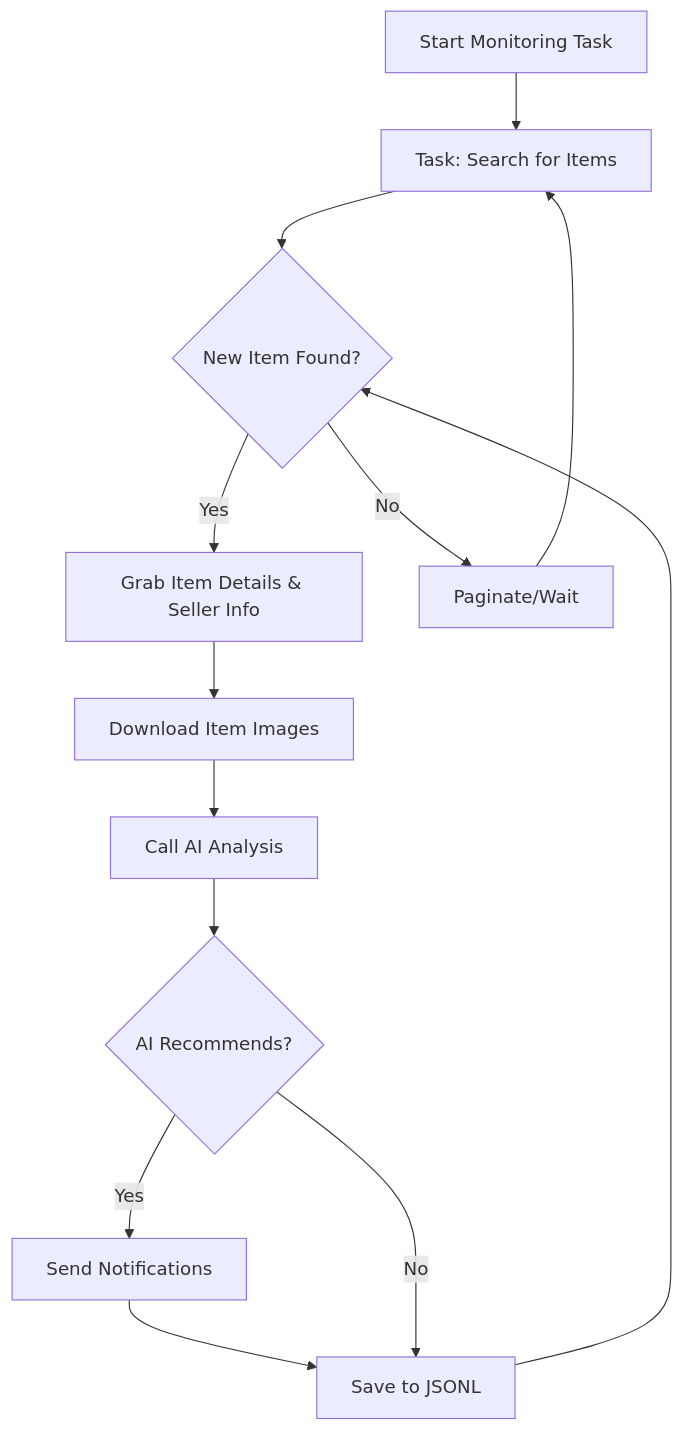
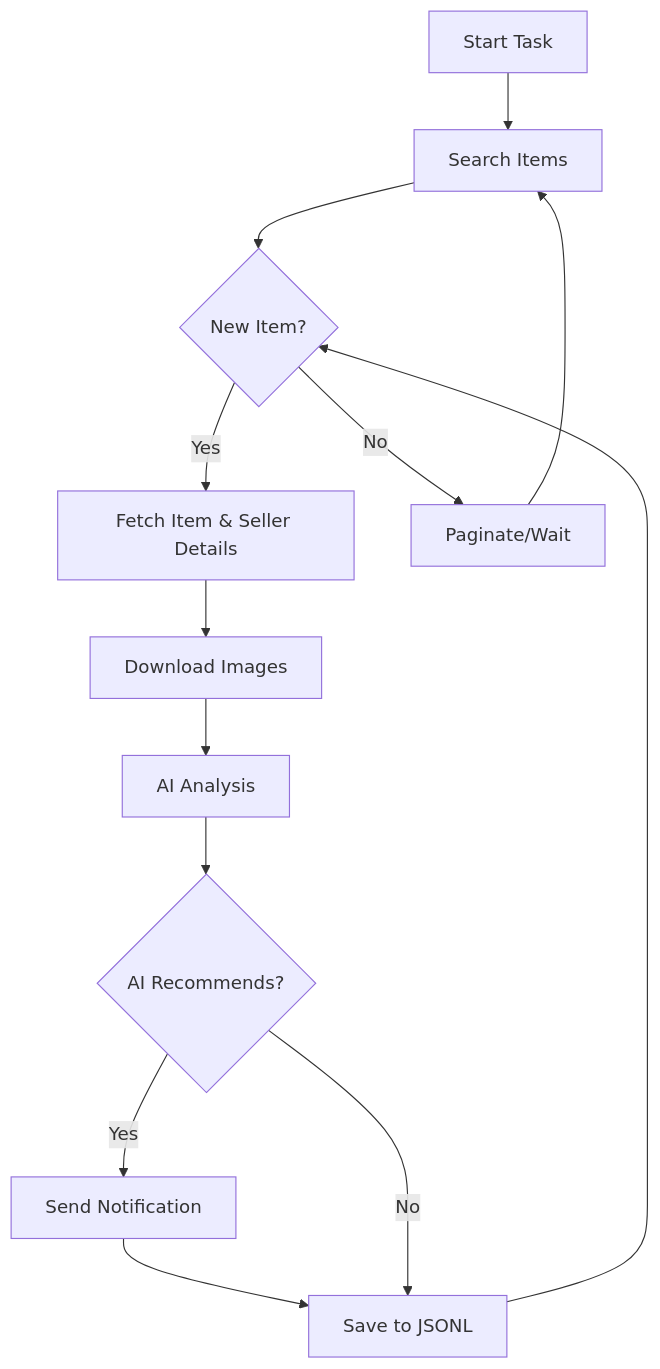
The diagram in docs/dingyufei615-ai-goofish-monitor.md (saurav-z/repo-docs), drawn with Mermaid before and after one commit. The commit also changed other lines of this file and 210 other files, not shown here.

````diff
--- a/docs/dingyufei615-ai-goofish-monitor.md
+++ b/docs/dingyufei615-ai-goofish-monitor.md
@@ -148,15 +124,15 @@
 ```mermaid
 graph TD
-    A[Start Monitoring Task] --> B[Task: Search for Items];
-    B --> C{New Item Found?};
-    C -- Yes --> D[Grab Item Details & Seller Info];
-    D --> E[Download Item Images];
-    E --> F[Call AI Analysis];
+    A[Start Task] --> B[Search Items];
+    B --> C{New Item?};
+    C -- Yes --> D[Fetch Item & Seller Details];
+    D --> E[Download Images];
+    E --> F[AI Analysis];
     F --> G{AI Recommends?};
-    G -- Yes --> H[Send Notifications];
+    G -- Yes --> H[Send Notification];
     H --> I[Save to JSONL];
     G -- No --> I;
     C -- No --> J[Paginate/Wait];
     J --> B;
     I --> C;
 ```
````
